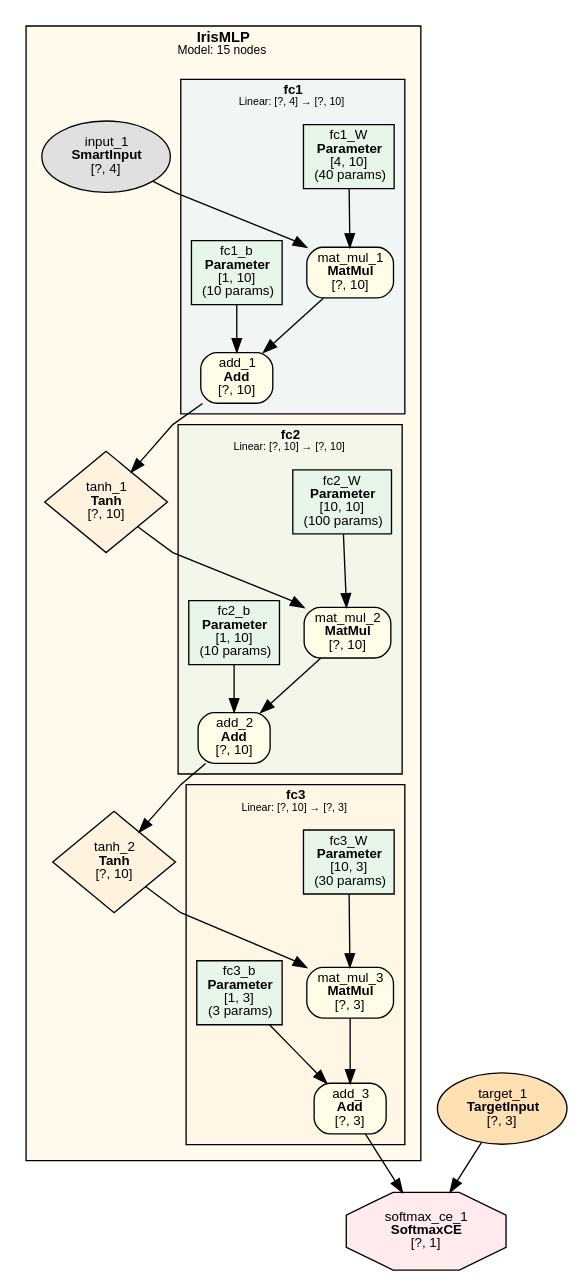
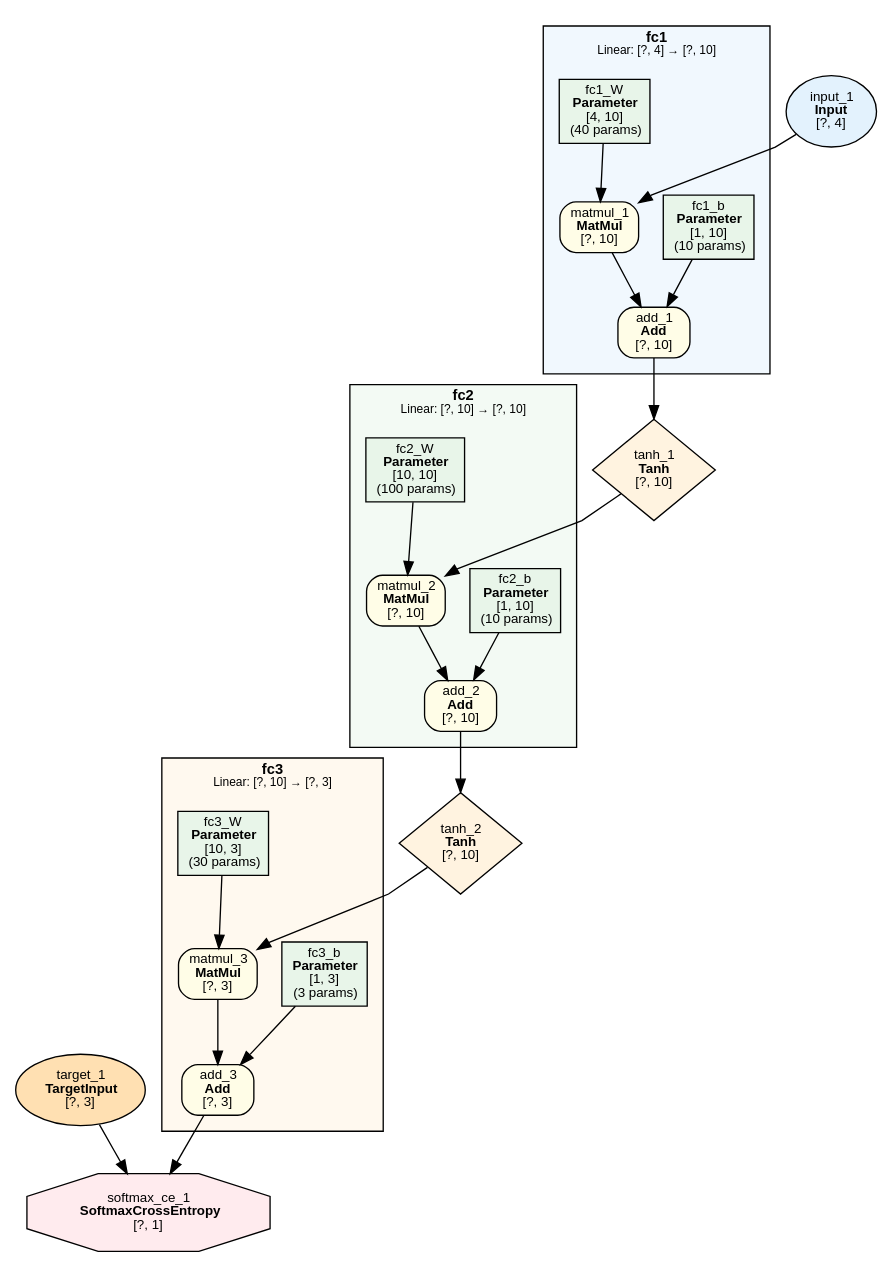
Before and after one commit to dbsxdbsx/only_torch: the diagram in examples/iris/iris.dot, drawn with Graphviz. The commit also changed 25 other files, not shown here.

```diff
--- a/examples/iris/iris.dot
+++ b/examples/iris/iris.dot
@@ -1,75 +1,69 @@
-digraph Model {
+digraph ComputeGraph {
     rankdir=TB;
     newrank=true;
     splines=polyline;
     node [fontname="Microsoft YaHei,SimHei,Arial"];
     edge [fontname="Microsoft YaHei,SimHei,Arial"];
 
-    subgraph cluster_IrisMLP {
-        label=<<B>IrisMLP</B><BR/><FONT POINT-SIZE="9">Model: 15 nodes</FONT>>;
+    subgraph cluster_fc1 {
+        label=<<B>fc1</B><BR/><FONT POINT-SIZE="9">Linear: [?, 4] → [?, 10]</FONT>>;
         style=filled;
-        fillcolor="#FFECB340";
+        fillcolor="#E3F2FD80";
         fontname="Microsoft YaHei,SimHei,Arial";
         fontsize=11;
         margin=12;
-        subgraph cluster_IrisMLP_fc1 {
-            label=<<B>fc1</B><BR/><FONT POINT-SIZE="8">Linear: [?, 4] → [?, 10]</FONT>>;
-            style=filled;
-            fillcolor="#E3F2FD80";
-            fontname="Microsoft YaHei,SimHei,Arial";
-            fontsize=10;
-            margin=8;
+            "568" [label=<add_1<BR/><B>Add</B><BR/>[?, 10]> shape=box style="filled,rounded" fillcolor="#FFFDE7" fontsize=10];
+            "567" [label=<matmul_1<BR/><B>MatMul</B><BR/>[?, 10]> shape=box style="filled,rounded" fillcolor="#FFFDE7" fontsize=10];
+            "2" [label=<fc1_b<BR/><B>Parameter</B><BR/>[1, 10]<BR/>(10 params)> shape=box style=filled fillcolor="#E8F5E9" fontsize=10];
             "1" [label=<fc1_W<BR/><B>Parameter</B><BR/>[4, 10]<BR/>(40 params)> shape=box style=filled fillcolor="#E8F5E9" fontsize=10];
-            "2" [label=<fc1_b<BR/><B>Parameter</B><BR/>[1, 10]<BR/>(10 params)> shape=box style=filled fillcolor="#E8F5E9" fontsize=10];
-            "8" [label=<mat_mul_1<BR/><B>MatMul</B><BR/>[?, 10]> shape=box style="filled,rounded" fillcolor="#FFFDE7" fontsize=10];
-            "9" [label=<add_1<BR/><B>Add</B><BR/>[?, 10]> shape=box style="filled,rounded" fillcolor="#FFFDE7" fontsize=10];
-        }
-        subgraph cluster_IrisMLP_fc2 {
-            label=<<B>fc2</B><BR/><FONT POINT-SIZE="8">Linear: [?, 10] → [?, 10]</FONT>>;
-            style=filled;
-            fillcolor="#E8F5E980";
-            fontname="Microsoft YaHei,SimHei,Arial";
-            fontsize=10;
-            margin=8;
-            "3" [label=<fc2_W<BR/><B>Parameter</B><BR/>[10, 10]<BR/>(100 params)> shape=box style=filled fillcolor="#E8F5E9" fontsize=10];
-            "4" [label=<fc2_b<BR/><B>Parameter</B><BR/>[1, 10]<BR/>(10 params)> shape=box style=filled fillcolor="#E8F5E9" fontsize=10];
-            "11" [label=<mat_mul_2<BR/><B>MatMul</B><BR/>[?, 10]> shape=box style="filled,rounded" fillcolor="#FFFDE7" fontsize=10];
-            "12" [label=<add_2<BR/><B>Add</B><BR/>[?, 10]> shape=box style="filled,rounded" fillcolor="#FFFDE7" fontsize=10];
-        }
-        subgraph cluster_IrisMLP_fc3 {
-            label=<<B>fc3</B><BR/><FONT POINT-SIZE="8">Linear: [?, 10] → [?, 3]</FONT>>;
-            style=filled;
-            fillcolor="#FFF3E080";
-            fontname="Microsoft YaHei,SimHei,Arial";
-            fontsize=10;
-            margin=8;
-            "5" [label=<fc3_W<BR/><B>Parameter</B><BR/>[10, 3]<BR/>(30 params)> shape=box style=filled fillcolor="#E8F5E9" fontsize=10];
-            "6" [label=<fc3_b<BR/><B>Parameter</B><BR/>[1, 3]<BR/>(3 params)> shape=box style=filled fillcolor="#E8F5E9" fontsize=10];
-            "14" [label=<mat_mul_3<BR/><B>MatMul</B><BR/>[?, 3]> shape=box style="filled,rounded" fillcolor="#FFFDE7" fontsize=10];
-            "15" [label=<add_3<BR/><B>Add</B><BR/>[?, 3]> shape=box style="filled,rounded" fillcolor="#FFFDE7" fontsize=10];
-        }
-            "7" [label=<input_1<BR/><B>SmartInput</B><BR/>[?, 4]> shape=ellipse style=filled fillcolor="#E0E0E0" fontsize=10];
-            "10" [label=<tanh_1<BR/><B>Tanh</B><BR/>[?, 10]> shape=diamond style=filled fillcolor="#FFF3E0" fontsize=10];
-            "13" [label=<tanh_2<BR/><B>Tanh</B><BR/>[?, 10]> shape=diamond style=filled fillcolor="#FFF3E0" fontsize=10];
     }
 
-    "16" [label=<target_1<BR/><B>TargetInput</B><BR/>[?, 3]> shape=ellipse style=filled fillcolor="#FFE0B2" fontsize=10];
-    "17" [label=<softmax_ce_1<BR/><B>SoftmaxCE</B><BR/>[?, 1]> shape=octagon style=filled fillcolor="#FFEBEE" fontsize=10];
+    subgraph cluster_fc2 {
+        label=<<B>fc2</B><BR/><FONT POINT-SIZE="9">Linear: [?, 10] → [?, 10]</FONT>>;
+        style=filled;
+        fillcolor="#E8F5E980";
+        fontname="Microsoft YaHei,SimHei,Arial";
+        fontsize=11;
+        margin=12;
+            "571" [label=<add_2<BR/><B>Add</B><BR/>[?, 10]> shape=box style="filled,rounded" fillcolor="#FFFDE7" fontsize=10];
+            "570" [label=<matmul_2<BR/><B>MatMul</B><BR/>[?, 10]> shape=box style="filled,rounded" fillcolor="#FFFDE7" fontsize=10];
+            "4" [label=<fc2_b<BR/><B>Parameter</B><BR/>[1, 10]<BR/>(10 params)> shape=box style=filled fillcolor="#E8F5E9" fontsize=10];
+            "3" [label=<fc2_W<BR/><B>Parameter</B><BR/>[10, 10]<BR/>(100 params)> shape=box style=filled fillcolor="#E8F5E9" fontsize=10];
+    }
 
-    "7" -> "8";
-    "1" -> "8";
-    "8" -> "9";
-    "2" -> "9";
-    "9" -> "10";
-    "10" -> "11";
-    "3" -> "11";
-    "11" -> "12";
-    "4" -> "12";
-    "12" -> "13";
-    "13" -> "14";
-    "5" -> "14";
-    "14" -> "15";
-    "6" -> "15";
-    "15" -> "17";
-    "16" -> "17";
+    subgraph cluster_fc3 {
+        label=<<B>fc3</B><BR/><FONT POINT-SIZE="9">Linear: [?, 10] → [?, 3]</FONT>>;
+        style=filled;
+        fillcolor="#FFF3E080";
+        fontname="Microsoft YaHei,SimHei,Arial";
+        fontsize=11;
+        margin=12;
+            "574" [label=<add_3<BR/><B>Add</B><BR/>[?, 3]> shape=box style="filled,rounded" fillcolor="#FFFDE7" fontsize=10];
+            "573" [label=<matmul_3<BR/><B>MatMul</B><BR/>[?, 3]> shape=box style="filled,rounded" fillcolor="#FFFDE7" fontsize=10];
+            "6" [label=<fc3_b<BR/><B>Parameter</B><BR/>[1, 3]<BR/>(3 params)> shape=box style=filled fillcolor="#E8F5E9" fontsize=10];
+            "5" [label=<fc3_W<BR/><B>Parameter</B><BR/>[10, 3]<BR/>(30 params)> shape=box style=filled fillcolor="#E8F5E9" fontsize=10];
+    }
+
+    "576" [label=<softmax_ce_1<BR/><B>SoftmaxCrossEntropy</B><BR/>[?, 1]> shape=octagon style=filled fillcolor="#FFEBEE" fontsize=10];
+    "575" [label=<target_1<BR/><B>TargetInput</B><BR/>[?, 3]> shape=ellipse style=filled fillcolor="#FFE0B2" fontsize=10];
+    "572" [label=<tanh_2<BR/><B>Tanh</B><BR/>[?, 10]> shape=diamond style=filled fillcolor="#FFF3E0" fontsize=10];
+    "569" [label=<tanh_1<BR/><B>Tanh</B><BR/>[?, 10]> shape=diamond style=filled fillcolor="#FFF3E0" fontsize=10];
+    "566" [label=<input_1<BR/><B>Input</B><BR/>[?, 4]> shape=ellipse style=filled fillcolor="#E3F2FD" fontsize=10];
+
+    "574" -> "576";
+    "575" -> "576";
+    "573" -> "574";
+    "6" -> "574";
+    "572" -> "573";
+    "5" -> "573";
+    "571" -> "572";
+    "570" -> "571";
+    "4" -> "571";
+    "569" -> "570";
+    "3" -> "570";
+    "568" -> "569";
+    "567" -> "568";
+    "2" -> "568";
+    "566" -> "567";
+    "1" -> "567";
 }
```
